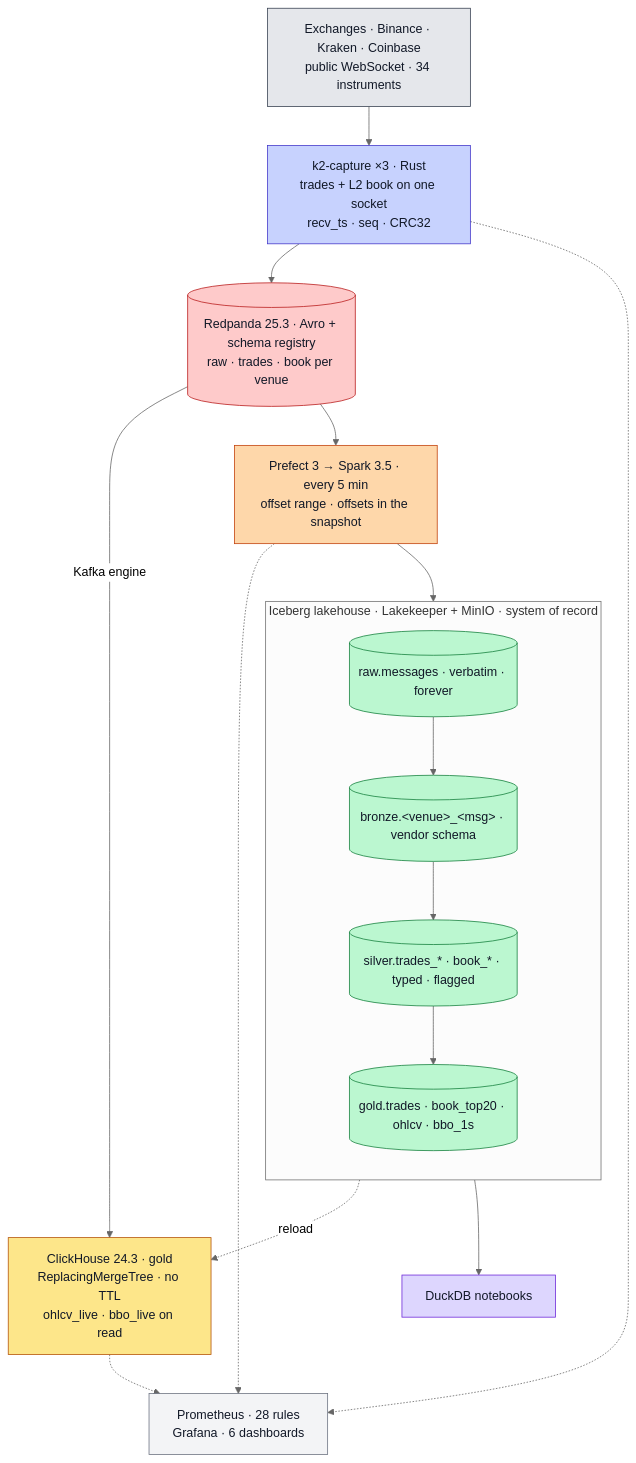
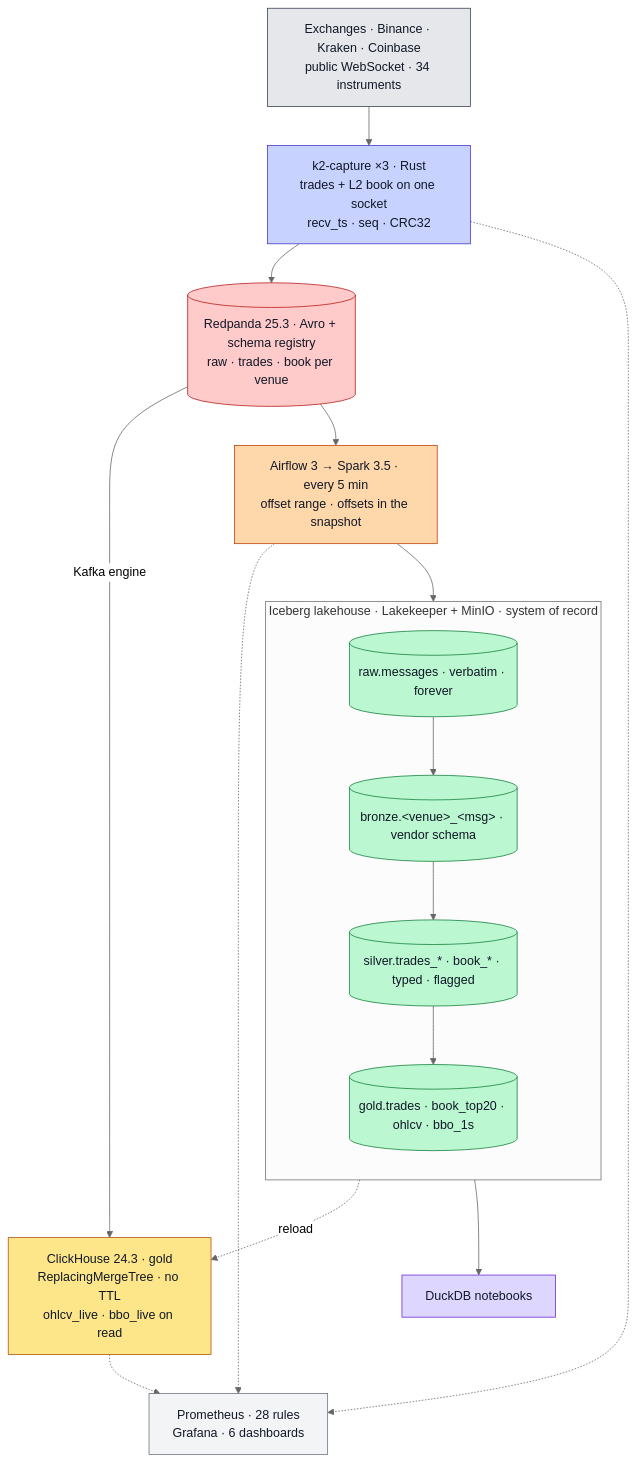
One commit to rjdscott/k2-market-data-platform changed the diagram in README.md. Above: the diagram before and after it, drawn with Mermaid (neutral theme). The commit also changed other lines of this file and 5 other files, not shown here.

````diff
--- a/README.md
+++ b/README.md
@@ -50,34 +50,34 @@
 ```mermaid
 flowchart TB
   E["Exchanges · Binance · Kraken · Coinbase<br/>public WebSocket · 34 instruments"]:::ex
   F["k2-capture ×3 · Rust<br/>trades + L2 book on one socket<br/>recv_ts · seq · CRC32"]:::rs
   R[("Redpanda 25.3 · Avro + schema registry<br/>raw · trades · book per venue")]:::rp
   C["ClickHouse 24.3 · gold<br/>ReplacingMergeTree · no TTL<br/>ohlcv_live · bbo_live on read"]:::ch
-  S["Prefect 3 → Spark 3.5 · every 5 min<br/>offset range · offsets in the snapshot"]:::sp
+  S["Airflow 3 → Spark 3.5 · every 5 min<br/>offset range · offsets in the snapshot"]:::sp
   subgraph L["Iceberg lakehouse · Lakekeeper + MinIO · system of record"]
     direction TB
     RAW[("raw.messages · verbatim · forever")]:::lk
     BR[("bronze.&lt;venue&gt;_&lt;msg&gt; · vendor schema")]:::lk
     SV[("silver.trades_* · book_* · typed · flagged")]:::lk
     GD[("gold.trades · book_top20 · ohlcv · bbo_1s")]:::lk
     RAW --> BR --> SV --> GD
   end
   N["DuckDB notebooks"]:::nb
   O["Prometheus · 28 rules<br/>Grafana · 6 dashboards"]:::ob
 
   E --> F --> R
   R -->|Kafka engine| C
   R --> S --> RAW
   GD -.->|reload| C
   GD --> N
   F & S & C -.-> O
 
   classDef ex fill:#e5e7eb,stroke:#374151,color:#111827
   classDef rs fill:#c7d2fe,stroke:#4338ca,color:#111827
   classDef rp fill:#fecaca,stroke:#b91c1c,color:#111827
   classDef lk fill:#bbf7d0,stroke:#15803d,color:#111827
   classDef sp fill:#fed7aa,stroke:#c2410c,color:#111827
   classDef ch fill:#fde68a,stroke:#b45309,color:#111827
   classDef nb fill:#ddd6fe,stroke:#6d28d9,color:#111827
   classDef ob fill:#f3f4f6,stroke:#6b7280,color:#111827
 ```
````
